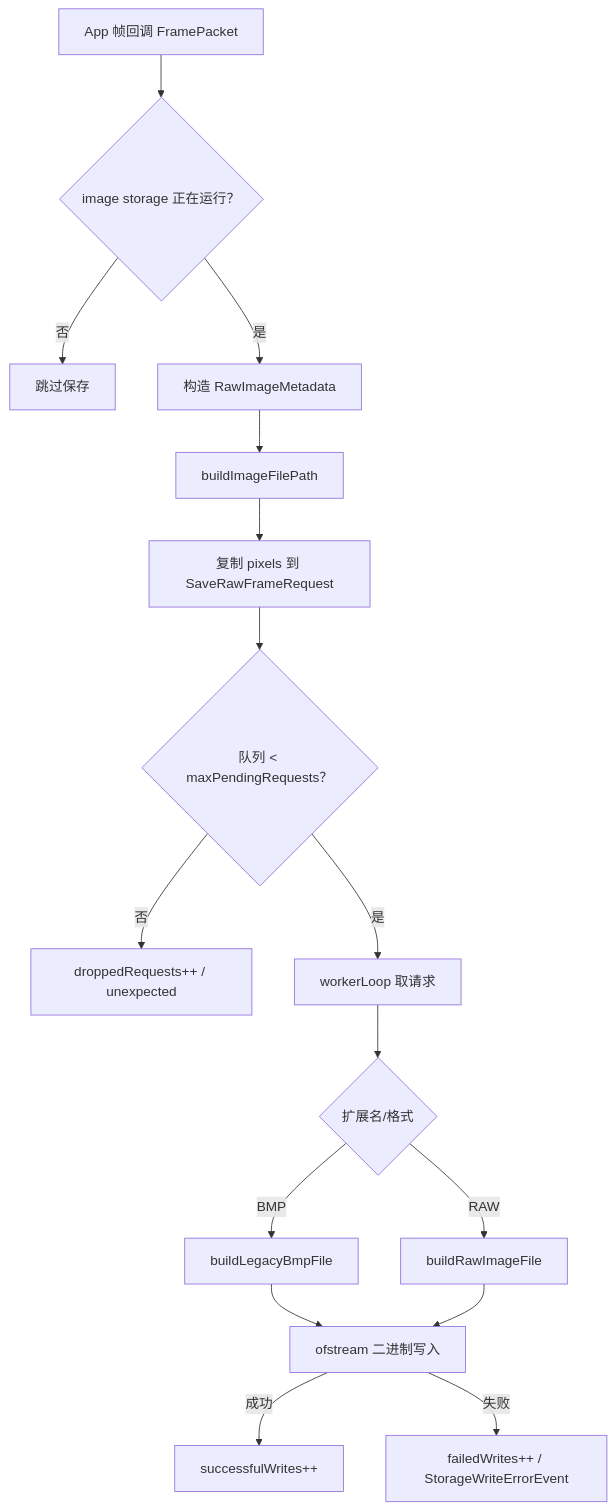
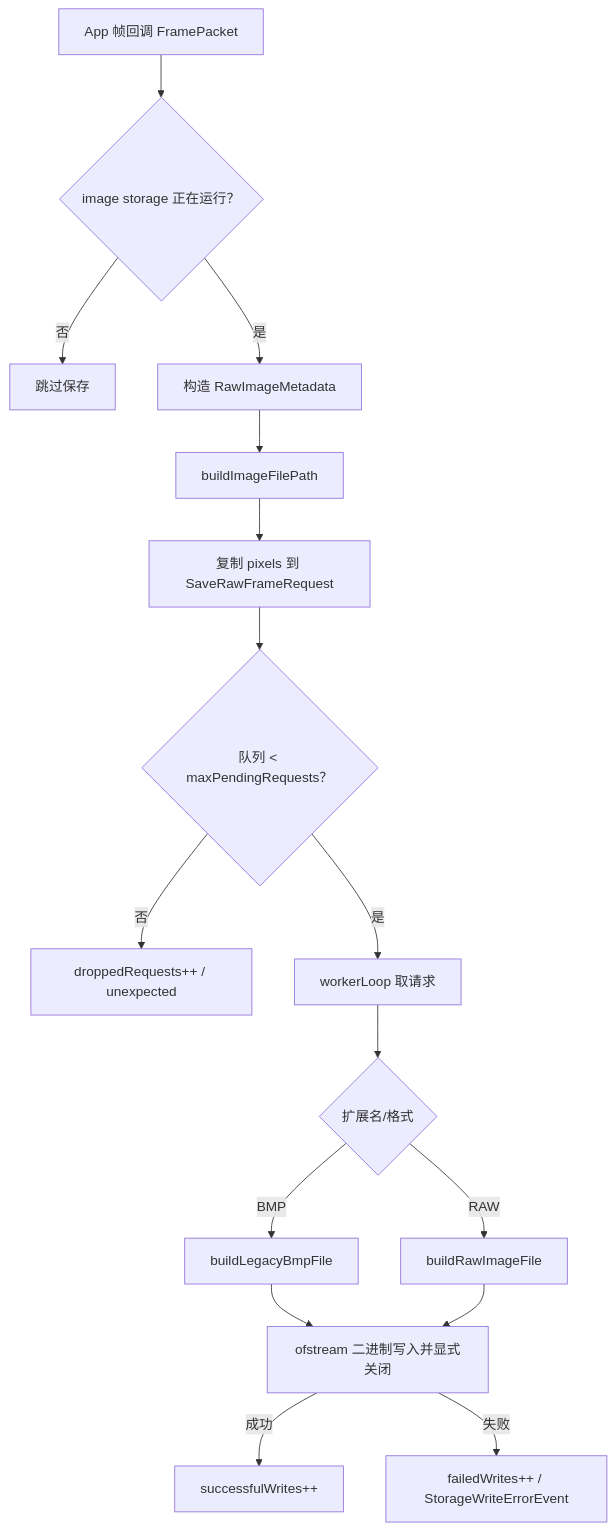
One commit to with-fair-wind/1mZGG changed the fourth of 6 diagrams in docs/module-storage.md. Above: the diagram before and after it, drawn with Mermaid. The commit also changed other lines of this file and 8 other files, not shown here.

````diff
--- a/docs/module-storage.md
+++ b/docs/module-storage.md
@@ -187,18 +187,18 @@
 ```mermaid
 flowchart TD
     FRAME["App 帧回调 FramePacket"] --> CHECK{"image storage 正在运行？"}
     CHECK -->|"否"| SKIP["跳过保存"]
     CHECK -->|"是"| META["构造 RawImageMetadata"]
     META --> PATH["buildImageFilePath"]
     PATH --> COPY["复制 pixels 到 SaveRawFrameRequest"]
     COPY --> Q{"队列 < maxPendingRequests？"}
     Q -->|"否"| DROP["droppedRequests++ / unexpected"]
     Q -->|"是"| WORKER["workerLoop 取请求"]
     WORKER --> FORMAT{"扩展名/格式"}
     FORMAT -->|"BMP"| BMP["buildLegacyBmpFile"]
     FORMAT -->|"RAW"| RAW["buildRawImageFile"]
-    BMP --> WRITE["ofstream 二进制写入"]
+    BMP --> WRITE["ofstream 二进制写入并显式关闭"]
     RAW --> WRITE
     WRITE -->|"成功"| OK["successfulWrites++"]
     WRITE -->|"失败"| ERR["failedWrites++ / StorageWriteErrorEvent"]
 ```
````
